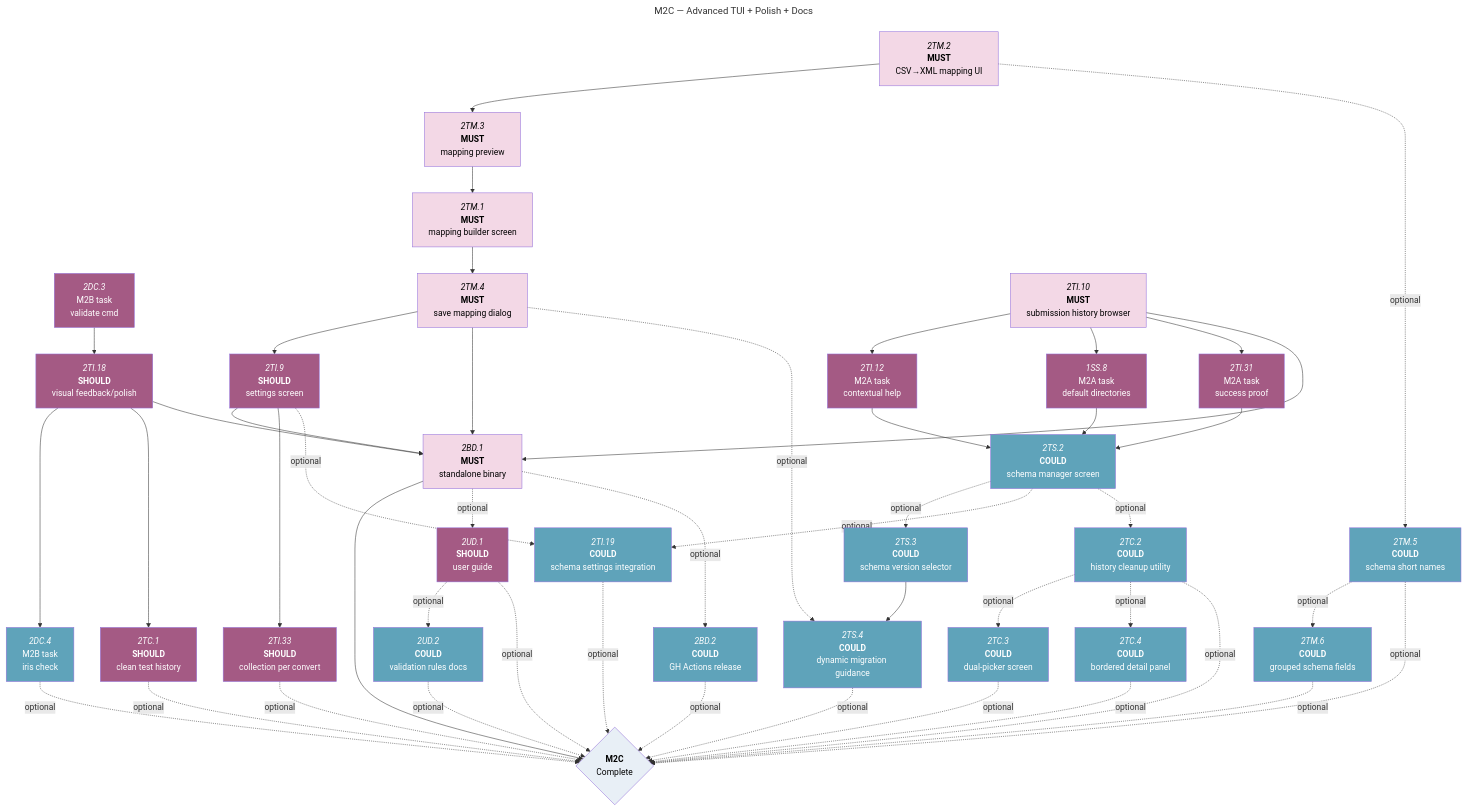
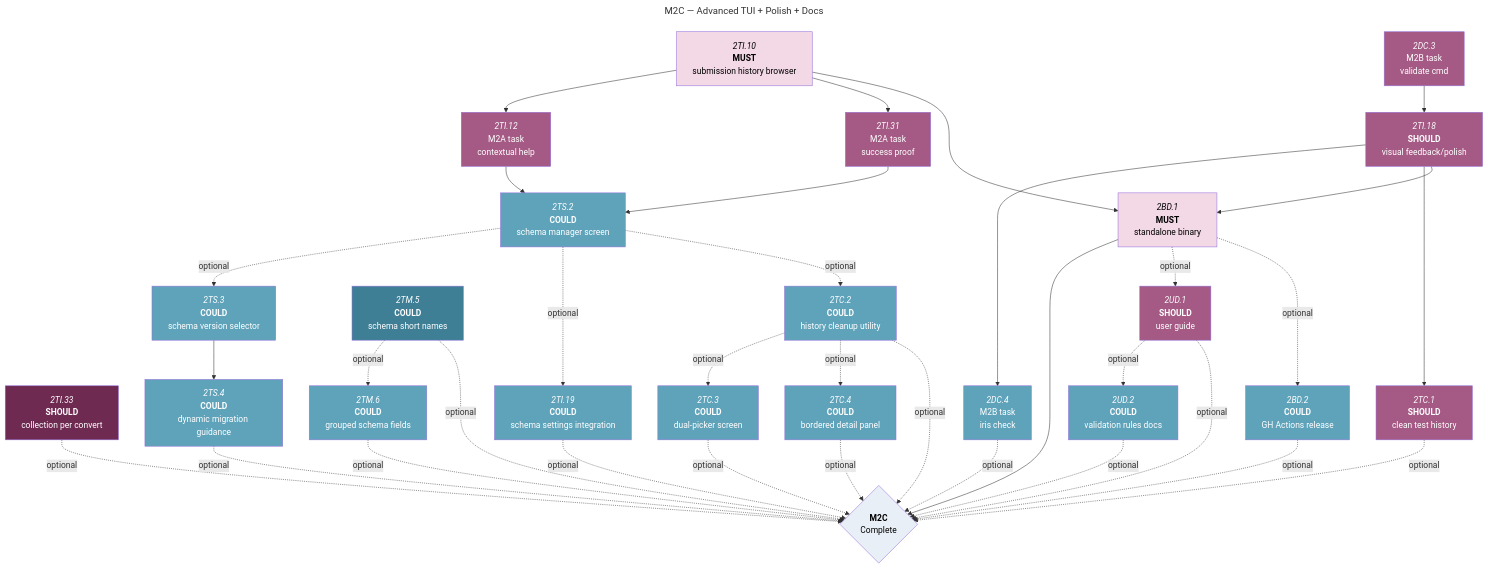
Before and after one commit to foundersandcoders/iris: the third of 4 diagrams in docs/roadmaps/phase-1-mvp-features.md, drawn with Mermaid. The commit also changed other lines of this file, not shown here.

Commit message:
docs: update roadmap

````diff
--- a/docs/roadmaps/phase-1-mvp-features.md
+++ b/docs/roadmaps/phase-1-mvp-features.md
@@ -223,70 +223,61 @@
 ```mermaid
 ---
 title: M2C — Advanced TUI + Polish + Docs
 ---
 graph TD
 
 2DC.3["`*2DC.3*<br/>M2B task<br/>validate cmd`"]:::should-blocked
 
 2DC.3 --> 2TI.18
 
-2TM.2["`*2TM.2*<br/>**MUST**<br/>CSV→XML mapping UI`"]:::must-blocked --> 2TM.3
-2TM.3["`*2TM.3*<br/>**MUST**<br/>mapping preview`"]:::must-blocked --> 2TM.1
-2TM.1["`*2TM.1*<br/>**MUST**<br/>mapping builder screen`"]:::must-blocked --> 2TM.4
-2TM.4["`*2TM.4*<br/>**MUST**<br/>save mapping dialog`"]:::must-blocked --> 2TI.9
-
-2TI.9["`*2TI.9*<br/>**SHOULD**<br/>settings screen`"]:::should-blocked
-2TI.33["`*2TI.33*<br/>**SHOULD**<br/>collection per convert`"]:::should-blocked
+2TI.33["`*2TI.33*<br/>**SHOULD**<br/>collection per convert`"]:::should-open
 
 2TI.10["`*2TI.10*<br/>**MUST**<br/>submission history browser`"]:::must-blocked
 2TI.18["`*2TI.18*<br/>**SHOULD**<br/>visual feedback/polish`"]:::should-blocked
 2TC.1["`*2TC.1*<br/>**SHOULD**<br/>clean test history`"]:::should-blocked
 2UD.1["`*2UD.1*<br/>**SHOULD**<br/>user guide`"]:::should-blocked
 2UD.2["`*2UD.2*<br/>**COULD**<br/>validation rules docs`"]:::could-blocked
-2TM.5["`*2TM.5*<br/>**COULD**<br/>schema short names`"]:::could-blocked
+2TM.5["`*2TM.5*<br/>**COULD**<br/>schema short names`"]:::could-open
 2TM.6["`*2TM.6*<br/>**COULD**<br/>grouped schema fields`"]:::could-blocked
 2TC.2["`*2TC.2*<br/>**COULD**<br/>history cleanup utility`"]:::could-blocked
 2TC.3["`*2TC.3*<br/>**COULD**<br/>dual-picker screen`"]:::could-blocked
 2TC.4["`*2TC.4*<br/>**COULD**<br/>bordered detail panel`"]:::could-blocked
 
 2TI.12["`*2TI.12*<br/>M2A task<br/>contextual help`"]:::should-blocked
-1SS.8["`*1SS.8*<br/>M2A task<br/>default directories`"]:::should-blocked
 2TI.31["`*2TI.31*<br/>M2A task<br/>success proof`"]:::should-blocked
 2TS.2["`*2TS.2*<br/>**COULD**<br/>schema manager screen`"]:::could-blocked
 2TS.3["`*2TS.3*<br/>**COULD**<br/>schema version selector`"]:::could-blocked --> 2TS.4
 2TS.4["`*2TS.4*<br/>**COULD**<br/>dynamic migration guidance`"]:::could-blocked
 2TI.19["`*2TI.19*<br/>**COULD**<br/>schema settings integration`"]:::could-blocked
 
 2DC.4["`*2DC.4*<br/>M2B task<br/>iris check`"]:::could-blocked
 
 2BD.1["`*2BD.1*<br/>**MUST**<br/>standalone binary`"]:::must-blocked
 2BD.2["`*2BD.2*<br/>**COULD**<br/>GH Actions release`"]:::could-blocked
 
 %% Required dependencies %%
-2TI.10 --> 2TI.12 & 1SS.8 & 2TI.31
-2TI.12 & 1SS.8 & 2TI.31 --> 2TS.2
+2TI.10 --> 2TI.12 & 2TI.31
+2TI.12 & 2TI.31 --> 2TS.2
 2TI.18 --> 2DC.4 & 2TC.1
-2TI.9 & 2TI.10 & 2TI.18 & 2TM.4 --> 2BD.1
+2TI.10 & 2TI.18 --> 2BD.1
 2BD.1 --> phase1
 phase1{"`**M2C**<br/>Complete`"}:::mile
 
 %% New task dependencies %%
-2TI.9 --> 2TI.33
-2TM.2 -.->|optional| 2TM.5
 2TM.5 -.->|optional| 2TM.6
 
 %% Optional dependencies %%
 2BD.1 -.->|optional| 2UD.1 & 2BD.2
 2BD.2 -.->|optional| phase1
 2UD.1 -.->|optional| 2UD.2 & phase1
-2TI.9 -.->|optional| 2TI.19
-2TM.4 -.->|optional| 2TS.4
 2TS.2 -.->|optional| 2TS.3 & 2TI.19 & 2TC.2
 2TC.2 -.->|optional| 2TC.3 & 2TC.4
 2TI.33 & 2TM.5 & 2TM.6 & 2TI.19 & 2TS.4 & 2UD.2 & 2DC.4 & 2TC.1 & 2TC.2 & 2TC.3 & 2TC.4 -.->|optional| phase1
 
 classDef must-blocked fill:#F3D8E6,color:#000;
+classDef should-open fill:#6F2A52,color:#fff;
 classDef should-blocked fill:#A45A84,color:#fff;
+classDef could-open fill:#3E7F96,color:#fff;
 classDef could-blocked fill:#5FA3BA,color:#fff;
 classDef mile fill:#E8EFF6,color:#000;
 ```
````
